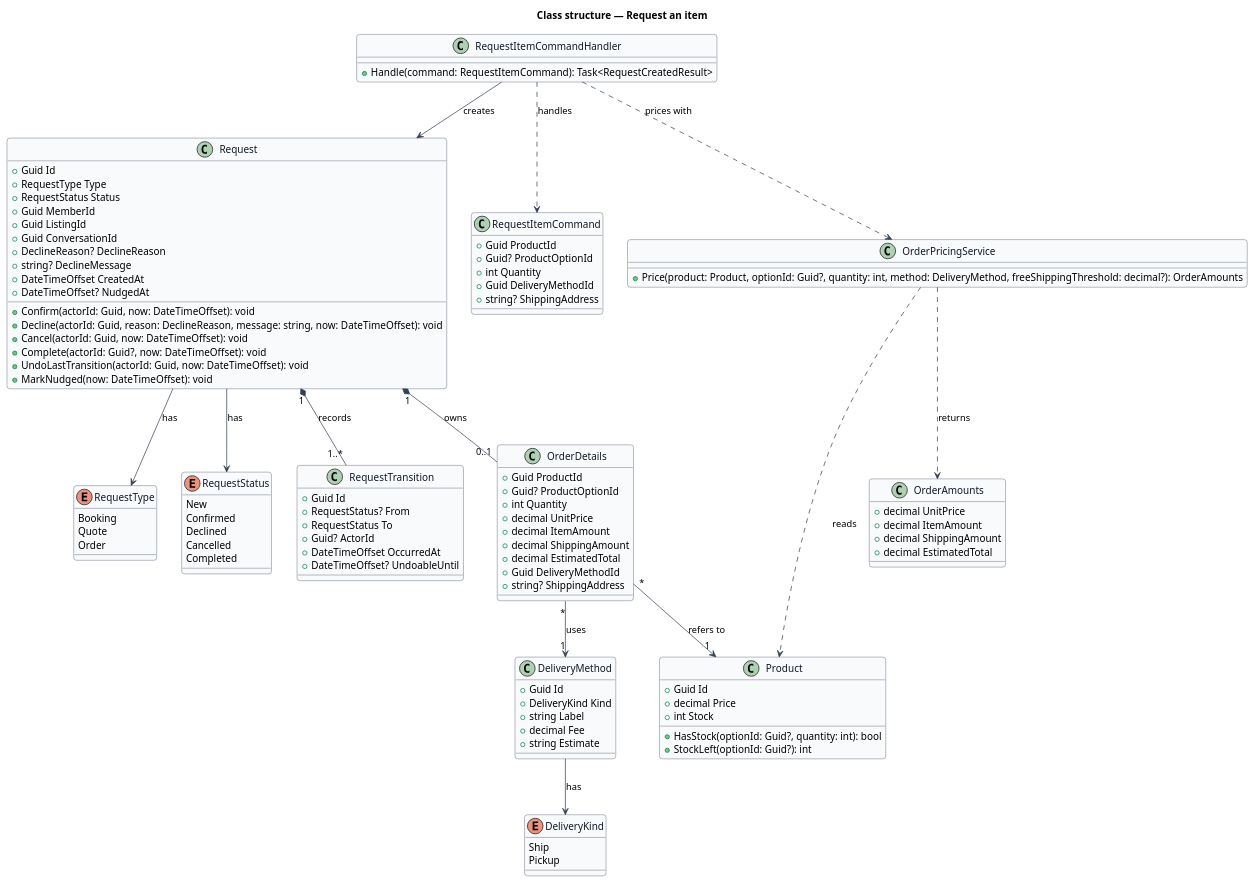
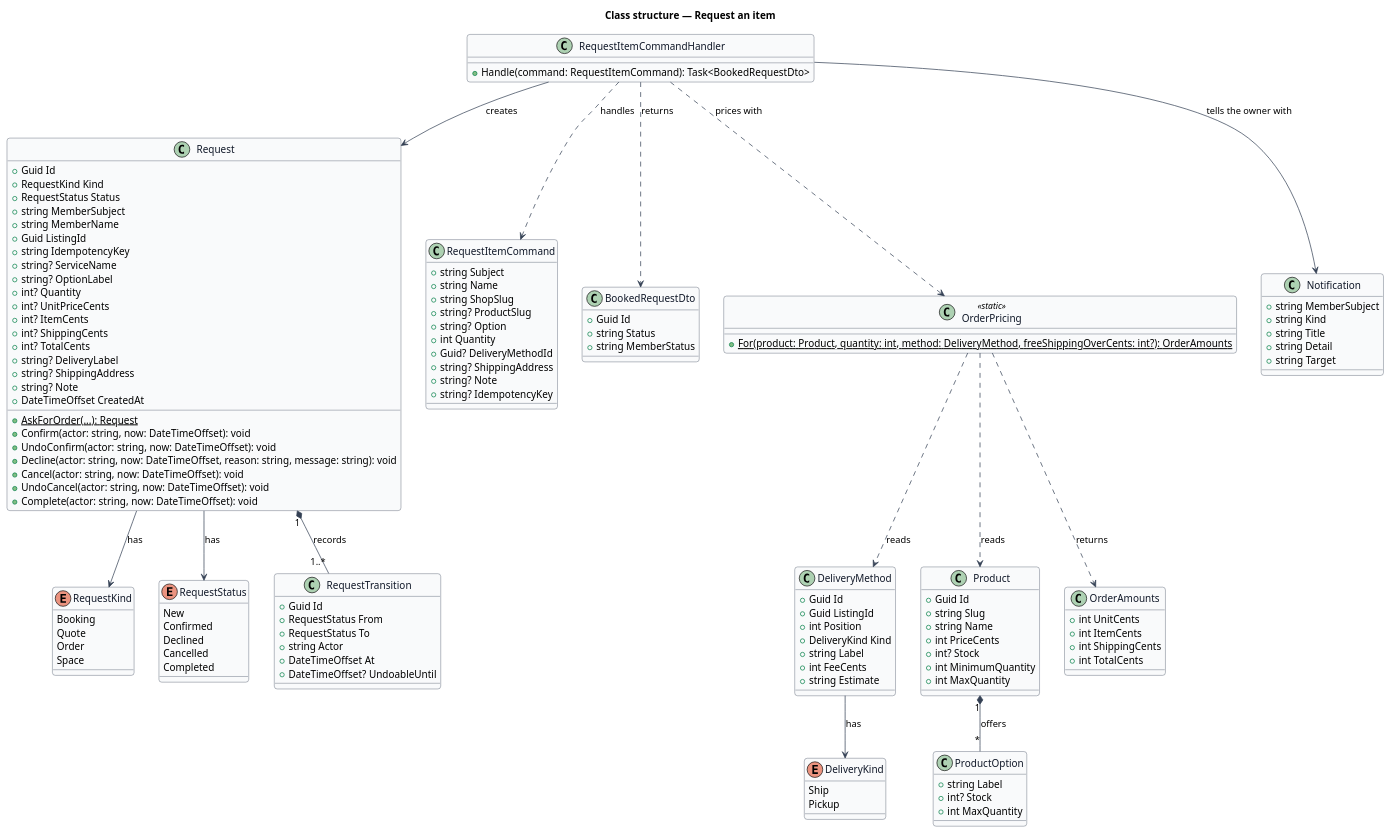
One commit to QuinntyneBrown/jubilee changed the diagram in docs/detailed-designs/requests/request-item/diagrams/class-structure.puml. Above: the diagram before and after it, drawn with PlantUML. The commit also changed 12 other files, not shown here.

First line of the commit message:
Request a product: say who is told when an order is sent (L2-046 AC8) and bring the design in line with the code

```diff
--- a/docs/detailed-designs/requests/request-item/diagrams/class-structure.puml
+++ b/docs/detailed-designs/requests/request-item/diagrams/class-structure.puml
@@ -1,127 +1,155 @@
 @startuml
 ' --- shared skin header ---
 skinparam backgroundColor #FFFFFF
 skinparam shadowing false
 skinparam roundcorner 8
 skinparam defaultFontName Arial
 skinparam ArrowColor #344054
 skinparam class {
   BorderColor #344054
   FontColor #101828
   BackgroundColor #F9FAFB
 }
 ' --------------------------
 title Class structure — Request an item
 
-enum RequestType {
+enum RequestKind {
   Booking
   Quote
   Order
+  Space
 }
 
 enum RequestStatus {
   New
   Confirmed
   Declined
   Cancelled
   Completed
 }
 
 class Request {
   +Guid Id
-  +RequestType Type
+  +RequestKind Kind
   +RequestStatus Status
-  +Guid MemberId
+  +string MemberSubject
+  +string MemberName
   +Guid ListingId
-  +Guid ConversationId
-  +DeclineReason? DeclineReason
-  +string? DeclineMessage
+  +string IdempotencyKey
+  +string? ServiceName
+  +string? OptionLabel
+  +int? Quantity
+  +int? UnitPriceCents
+  +int? ItemCents
+  +int? ShippingCents
+  +int? TotalCents
+  +string? DeliveryLabel
+  +string? ShippingAddress
+  +string? Note
   +DateTimeOffset CreatedAt
-  +DateTimeOffset? NudgedAt
-  +Confirm(actorId: Guid, now: DateTimeOffset): void
-  +Decline(actorId: Guid, reason: DeclineReason, message: string, now: DateTimeOffset): void
-  +Cancel(actorId: Guid, now: DateTimeOffset): void
-  +Complete(actorId: Guid?, now: DateTimeOffset): void
-  +UndoLastTransition(actorId: Guid, now: DateTimeOffset): void
-  +MarkNudged(now: DateTimeOffset): void
+  +{static} AskForOrder(...): Request
+  +Confirm(actor: string, now: DateTimeOffset): void
+  +UndoConfirm(actor: string, now: DateTimeOffset): void
+  +Decline(actor: string, now: DateTimeOffset, reason: string, message: string): void
+  +Cancel(actor: string, now: DateTimeOffset): void
+  +UndoCancel(actor: string, now: DateTimeOffset): void
+  +Complete(actor: string, now: DateTimeOffset): void
 }
 
 class RequestTransition {
   +Guid Id
-  +RequestStatus? From
+  +RequestStatus From
   +RequestStatus To
-  +Guid? ActorId
-  +DateTimeOffset OccurredAt
+  +string Actor
+  +DateTimeOffset At
   +DateTimeOffset? UndoableUntil
 }
 
 Request "1" *-- "1..*" RequestTransition : records
-Request --> RequestType : has
+Request --> RequestKind : has
 Request --> RequestStatus : has
 
 enum DeliveryKind {
   Ship
   Pickup
 }
 
-class OrderDetails {
-  +Guid ProductId
-  +Guid? ProductOptionId
-  +int Quantity
-  +decimal UnitPrice
-  +decimal ItemAmount
-  +decimal ShippingAmount
-  +decimal EstimatedTotal
-  +Guid DeliveryMethodId
-  +string? ShippingAddress
-}
-
 class DeliveryMethod {
   +Guid Id
+  +Guid ListingId
+  +int Position
   +DeliveryKind Kind
   +string Label
-  +decimal Fee
+  +int FeeCents
   +string Estimate
 }
 
 class Product {
   +Guid Id
-  +decimal Price
-  +int Stock
-  +HasStock(optionId: Guid?, quantity: int): bool
-  +StockLeft(optionId: Guid?): int
+  +string Slug
+  +string Name
+  +int PriceCents
+  +int? Stock
+  +int MinimumQuantity
+  +int MaxQuantity
+}
+
+class ProductOption {
+  +string Label
+  +int? Stock
+  +int MaxQuantity
 }
 
 class RequestItemCommand {
-  +Guid ProductId
-  +Guid? ProductOptionId
+  +string Subject
+  +string Name
+  +string ShopSlug
+  +string? ProductSlug
+  +string? Option
   +int Quantity
-  +Guid DeliveryMethodId
+  +Guid? DeliveryMethodId
   +string? ShippingAddress
+  +string? Note
+  +string? IdempotencyKey
 }
 
 class RequestItemCommandHandler {
-  +Handle(command: RequestItemCommand): Task<RequestCreatedResult>
+  +Handle(command: RequestItemCommand): Task<BookedRequestDto>
 }
 
-class OrderPricingService {
-  +Price(product: Product, optionId: Guid?, quantity: int, method: DeliveryMethod, freeShippingThreshold: decimal?): OrderAmounts
+class BookedRequestDto {
+  +Guid Id
+  +string Status
+  +string MemberStatus
+}
+
+class OrderPricing <<static>> {
+  +{static} For(product: Product, quantity: int, method: DeliveryMethod, freeShippingOverCents: int?): OrderAmounts
 }
 
 class OrderAmounts {
-  +decimal UnitPrice
-  +decimal ItemAmount
-  +decimal ShippingAmount
-  +decimal EstimatedTotal
+  +int UnitCents
+  +int ItemCents
+  +int ShippingCents
+  +int TotalCents
 }
 
-Request "1" *-- "0..1" OrderDetails : owns
-OrderDetails "*" --> "1" Product : refers to
-OrderDetails "*" --> "1" DeliveryMethod : uses
+class Notification {
+  +string MemberSubject
+  +string Kind
+  +string Title
+  +string Detail
+  +string Target
+}
+
+Product "1" *-- "*" ProductOption : offers
 DeliveryMethod --> DeliveryKind : has
 RequestItemCommandHandler ..> RequestItemCommand : handles
-RequestItemCommandHandler ..> OrderPricingService : prices with
+RequestItemCommandHandler ..> OrderPricing : prices with
+RequestItemCommandHandler ..> BookedRequestDto : returns
 RequestItemCommandHandler --> Request : creates
-OrderPricingService ..> OrderAmounts : returns
-OrderPricingService ..> Product : reads
+RequestItemCommandHandler --> Notification : tells the owner with
+OrderPricing ..> OrderAmounts : returns
+OrderPricing ..> Product : reads
+OrderPricing ..> DeliveryMethod : reads
 @enduml
```
